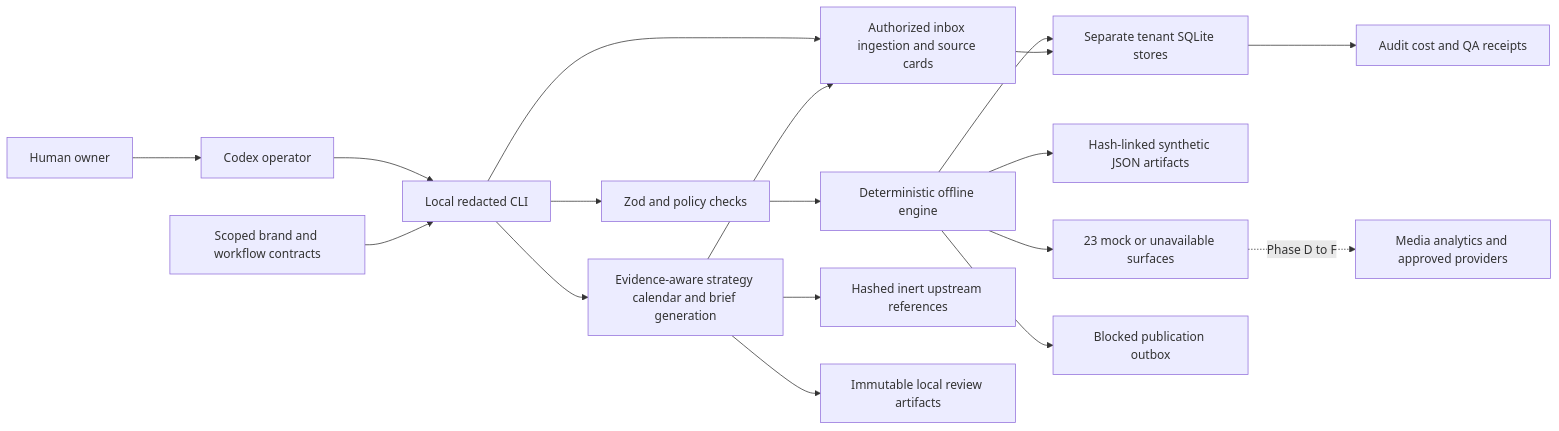
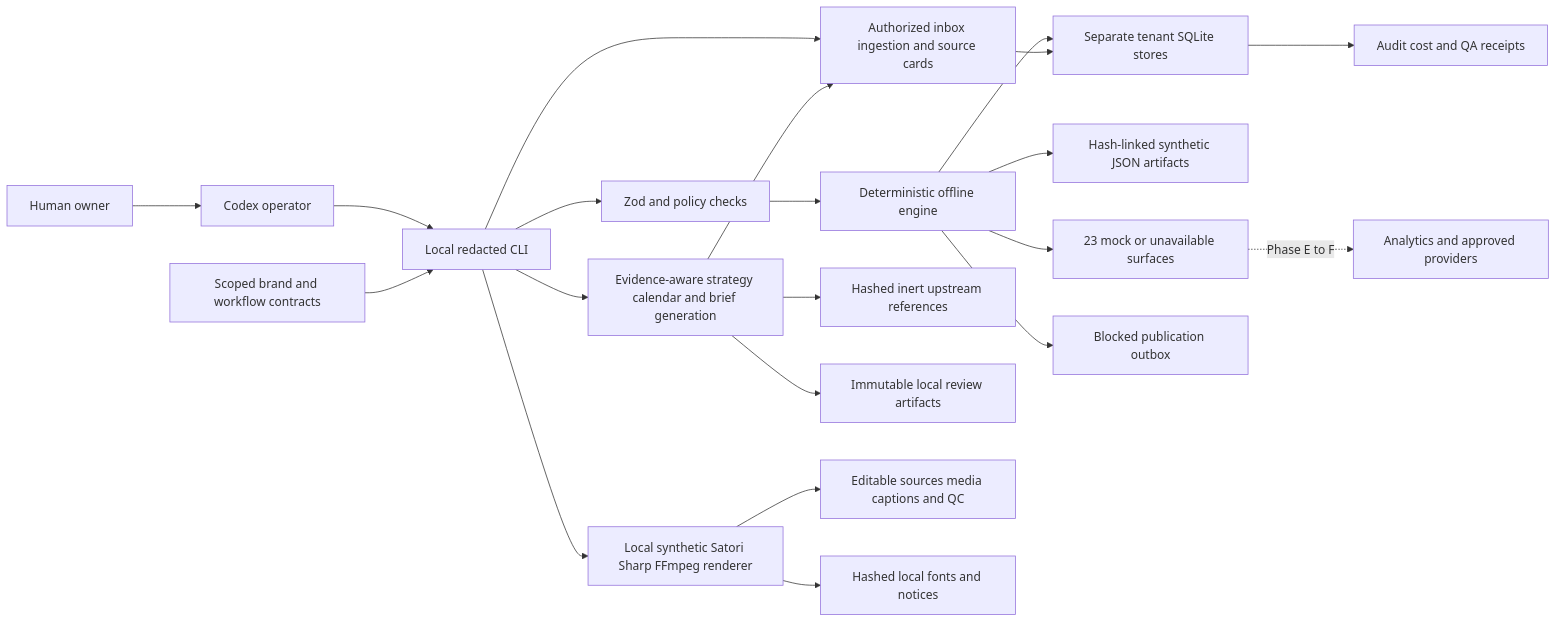
Before and after one commit to mAsyamJ/gtm-os: the diagram in docs/ARCHITECTURE.md, drawn with Mermaid. The commit also changed other lines of this file and 53 other files, not shown here.

Commit message:
feat: implement Phase D local graphics and synthetic video studio

````diff
--- a/docs/ARCHITECTURE.md
+++ b/docs/ARCHITECTURE.md
@@ -21,20 +21,23 @@
 ```mermaid
 flowchart LR
   Owner[Human owner] --> Operator[Codex operator]
   Operator --> CLI[Local redacted CLI]
   Contracts[Scoped brand and workflow contracts] --> CLI
   CLI --> Schemas[Zod and policy checks]
   Schemas --> Engine[Deterministic offline engine]
   Engine --> Storage[Separate tenant SQLite stores]
   Engine --> Fixtures[Hash-linked synthetic JSON artifacts]
   Engine --> Mocks[23 mock or unavailable surfaces]
   Engine --> Gate[Blocked publication outbox]
   Storage --> Receipts[Audit cost and QA receipts]
   CLI --> Research[Authorized inbox ingestion and source cards]
   Research --> Storage
   CLI --> Planning[Evidence-aware strategy calendar and brief generation]
   Planning --> Research
   Planning --> References[Hashed inert upstream references]
   Planning --> Text[Immutable local review artifacts]
-  Mocks -. Phase D to F .-> Future[Media analytics and approved providers]
+  CLI --> Creative[Local synthetic Satori Sharp FFmpeg renderer]
+  Creative --> Media[Editable sources media captions and QC]
+  Creative --> Assets[Hashed local fonts and notices]
+  Mocks -. Phase E to F .-> Future[Analytics and approved providers]
 ```
````
